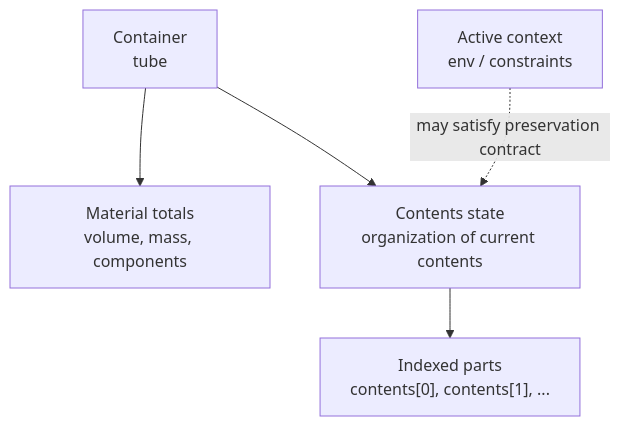
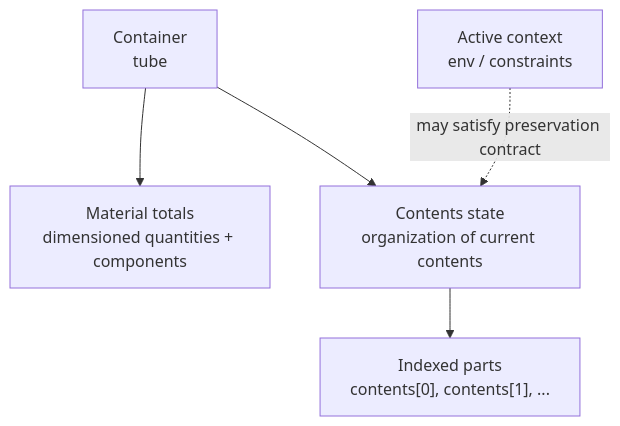
One commit to culsma/culsma changed the seventh of 14 diagrams in docs/container_contents_state_design.md. Above: the diagram before and after it, drawn with Mermaid. The commit also changed other lines of this file and 27 other files, not shown here.

````diff
--- a/docs/container_contents_state_design.md
+++ b/docs/container_contents_state_design.md
@@ -411,13 +411,13 @@
 ```mermaid
 flowchart TB
     Container["Container<br/>tube"]
-    Totals["Material totals<br/>volume, mass, components"]
+    Totals["Material totals<br/>dimensioned quantities + components"]
     Contents["Contents state<br/>organization of current contents"]
     Parts["Indexed parts<br/>contents[0], contents[1], ..."]
     Context["Active context<br/>env / constraints"]
 
     Container --> Totals
     Container --> Contents
     Contents --> Parts
     Context -. "may satisfy preservation contract" .-> Contents
 ```
````
